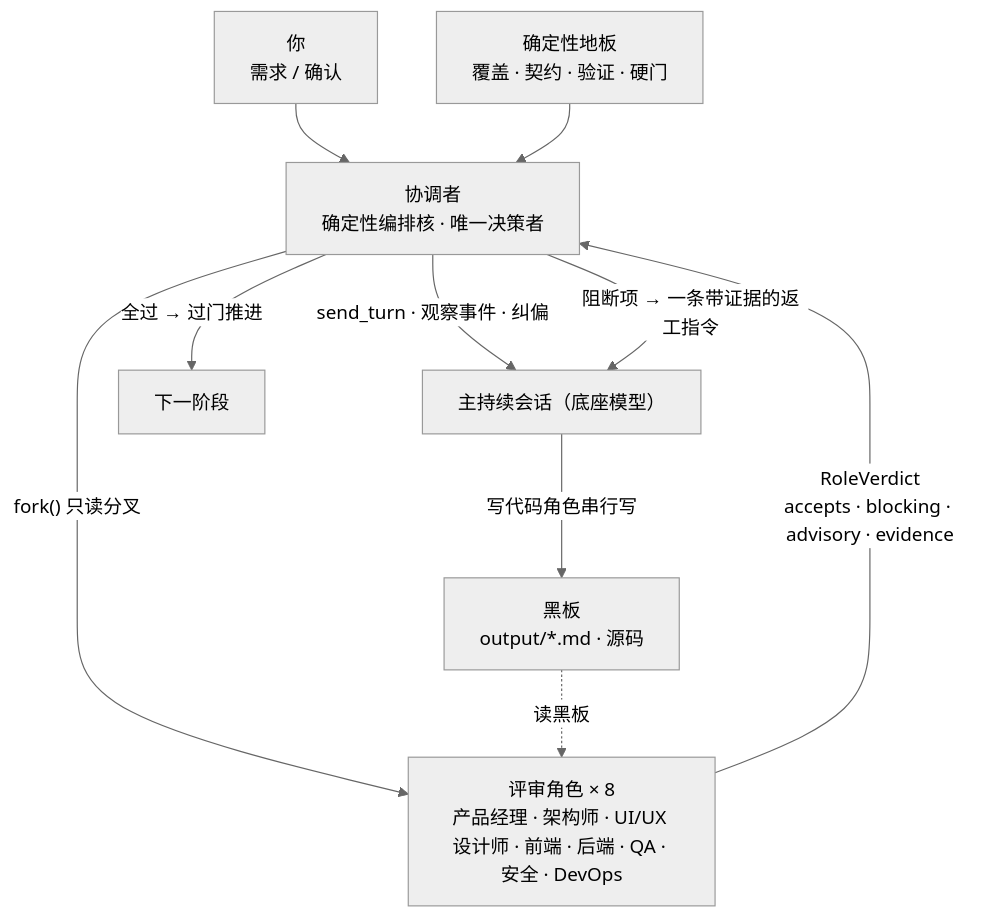
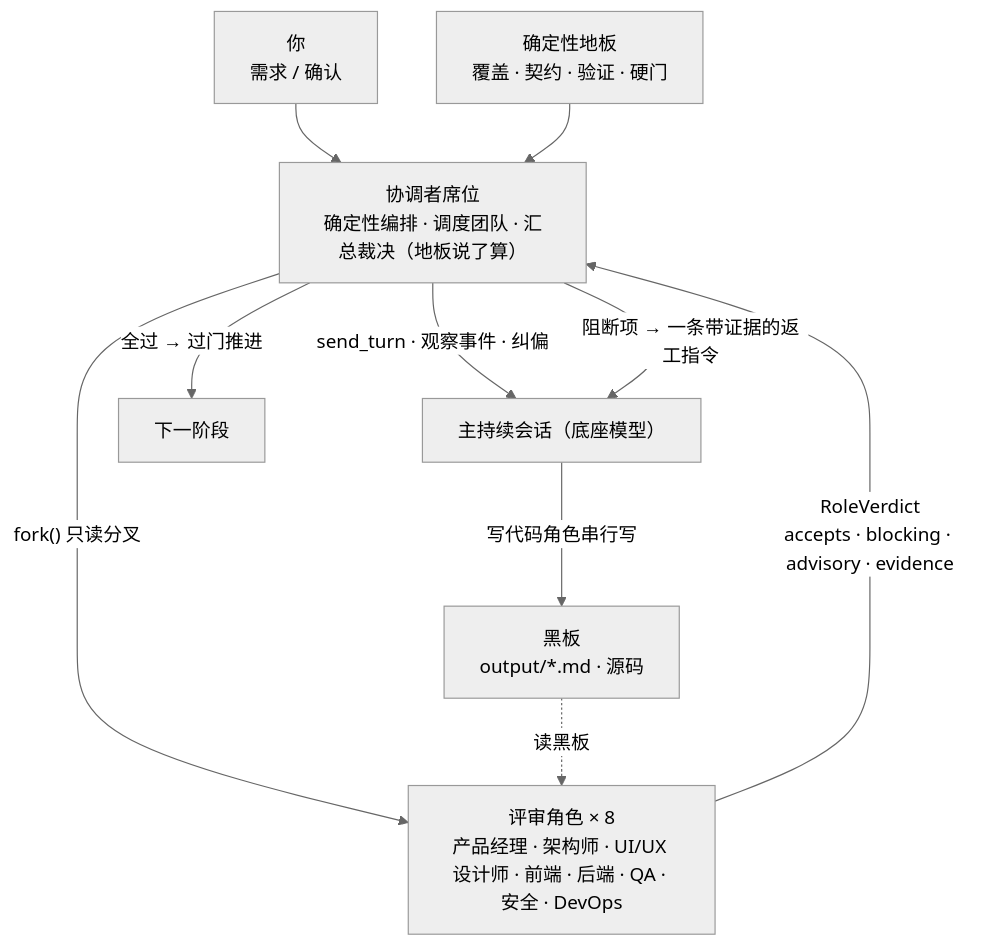
One commit to umacloud/umadev changed the fourth of 8 diagrams in README.zh-CN.md. Above: the diagram before and after it, drawn with Mermaid (neutral theme). The commit also changed other lines of this file and 4 other files, not shown here.

````diff
--- a/README.zh-CN.md
+++ b/README.zh-CN.md
@@ -304,12 +304,12 @@
 ```mermaid
 flowchart TB
-    User["你<br/>需求 / 确认"] --> Director["协调者<br/>确定性编排核 · 唯一决策者"]
+    User["你<br/>需求 / 确认"] --> Director["协调者席位<br/>确定性编排 · 调度团队 · 汇总裁决（地板说了算）"]
     Director -->|"send_turn · 观察事件 · 纠偏"| Main["主持续会话（底座模型）"]
     Main -->|"写代码角色串行写"| Board["黑板<br/>output/*.md · 源码"]
     Director -->|"fork() 只读分叉"| Critics["评审角色 × 8<br/>产品经理 · 架构师 · UI/UX 设计师 · 前端 · 后端 · QA · 安全 · DevOps"]
     Board -.->|"读黑板"| Critics
     Critics -->|"RoleVerdict<br/>accepts · blocking · advisory · evidence"| Director
     Floor["确定性地板<br/>覆盖 · 契约 · 验证 · 硬门"] --> Director
     Director -->|"阻断项 → 一条带证据的返工指令"| Main
     Director -->|"全过 → 过门推进"| Next["下一阶段"]
 ```
````
